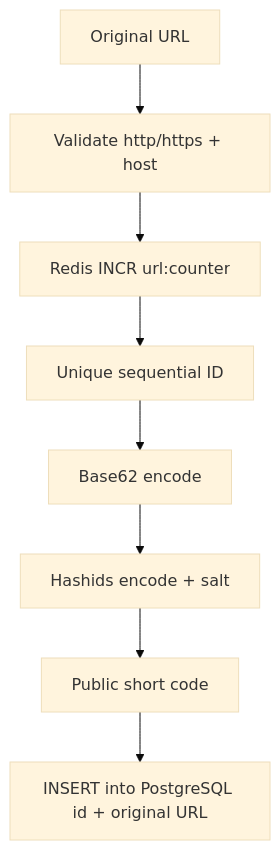
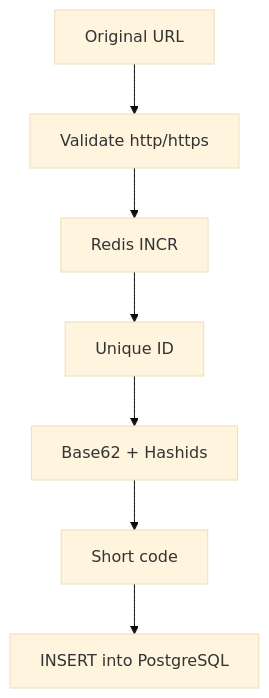
Before and after one commit to gianluca-pettenon/url-shortener: the diagram in README.md, drawn with Mermaid (base theme). The commit also changed other lines of this file, not shown here.

````diff
--- a/README.md
+++ b/README.md
@@ -9,10 +7,9 @@
 ```mermaid
 flowchart TD
-    A[Original URL] --> B[Validate http/https + host]
-    B --> C["Redis INCR url:counter"]
-    C --> D[Unique sequential ID]
-    D --> E[Base62 encode]
-    E --> F["Hashids encode + salt"]
-    F --> G[Public short code]
-    G --> H["INSERT into PostgreSQL id + original URL"]
+    A[Original URL] --> B[Validate http/https]
+    B --> C[Redis INCR]
+    C --> D[Unique ID]
+    D --> E[Base62 + Hashids]
+    E --> F[Short code]
+    F --> G[INSERT into PostgreSQL]
 ```
````
